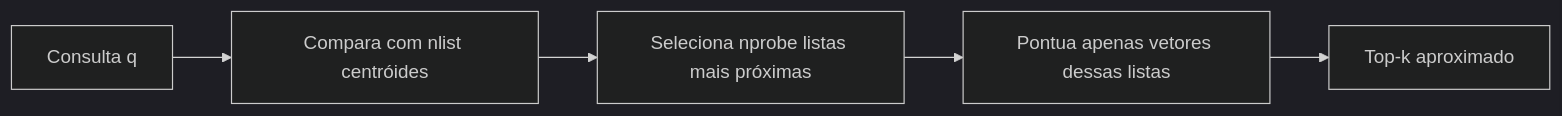
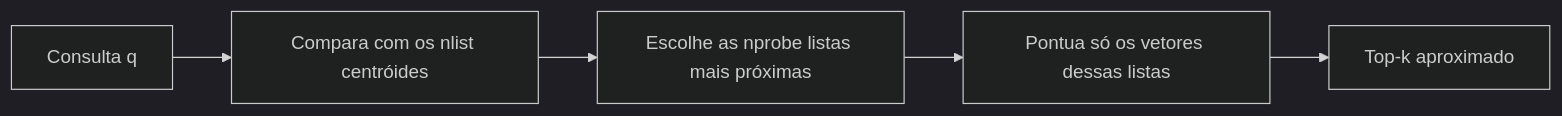
One commit to Lip3Bazinga/v0-level-usp-project changed the diagram in content/cursos/n7-engenharia-de-ia/03-embeddings-e-busca-vetorial/03-indices-vetoriais-aproximados.lvl.md. Above: the diagram before and after it, drawn with Mermaid (dark theme). The commit also changed other lines of this file and 9 other files, not shown here.

````diff
--- a/content/cursos/n7-engenharia-de-ia/03-embeddings-e-busca-vetorial/03-indices-vetoriais-aproximados.lvl.md
+++ b/content/cursos/n7-engenharia-de-ia/03-embeddings-e-busca-vetorial/03-indices-vetoriais-aproximados.lvl.md
@@ -33,7 +56,7 @@
 ```mermaid
 flowchart LR
-    A["Consulta q"] --> B["Compara com nlist centróides"]
-    B --> C["Seleciona nprobe listas mais próximas"]
-    C --> D["Pontua apenas vetores dessas listas"]
+    A["Consulta q"] --> B["Compara com os nlist centróides"]
+    B --> C["Escolhe as nprobe listas mais próximas"]
+    C --> D["Pontua só os vetores dessas listas"]
     D --> E["Top-k aproximado"]
 ```
````
